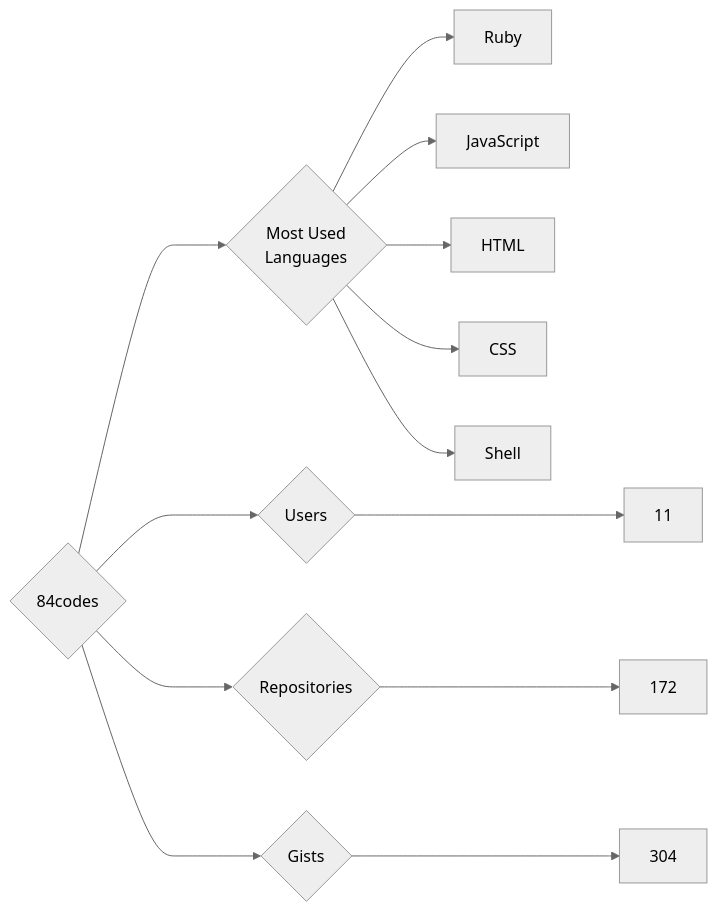
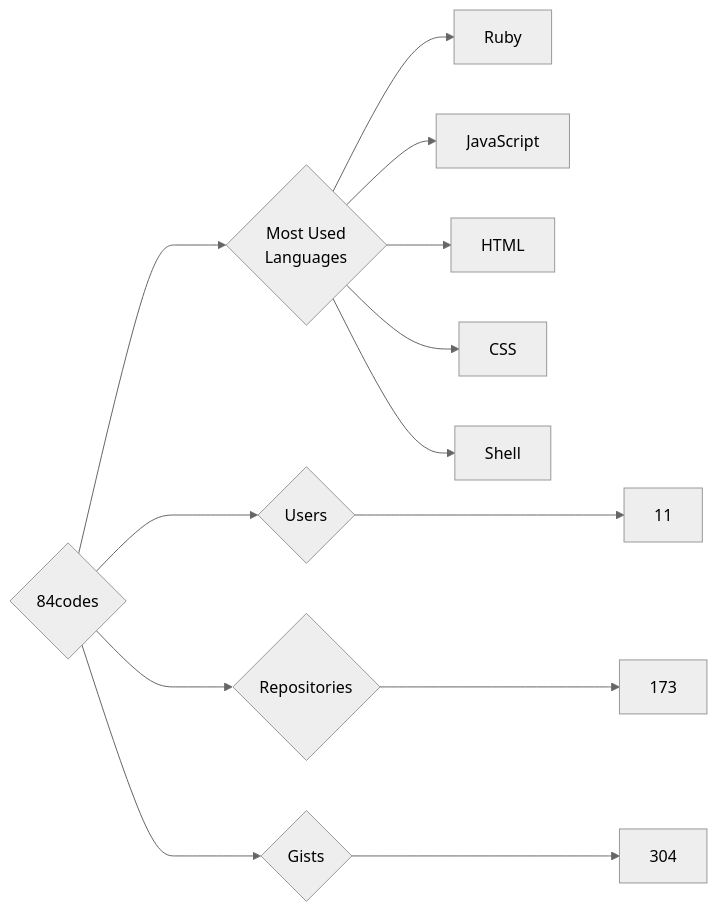
The diagram in targets/84codes/README.md (trickest/insiders), drawn with Mermaid (neutral theme) before and after one commit. The commit also changed 944 other files, not shown here.

````diff
--- a/targets/84codes/README.md
+++ b/targets/84codes/README.md
@@ -3,13 +3,13 @@
 ```mermaid
 graph LR
 COMPANY_NAME{84codes}
 COMPANY_NAME ---> U{Users} ---> UN[11]
-COMPANY_NAME ---> R{Repositories} ---> RN[172]
+COMPANY_NAME ---> R{Repositories} ---> RN[173]
 COMPANY_NAME ---> G{Gists} ---> GN[304]
 COMPANY_NAME ---> ML{Most Used<br>Languages}
 ML --> Ruby[Ruby]
 ML --> JavaScript[JavaScript]
 ML --> HTML[HTML]
 ML --> CSS[CSS]
 ML --> Shell[Shell]
 ```
````
